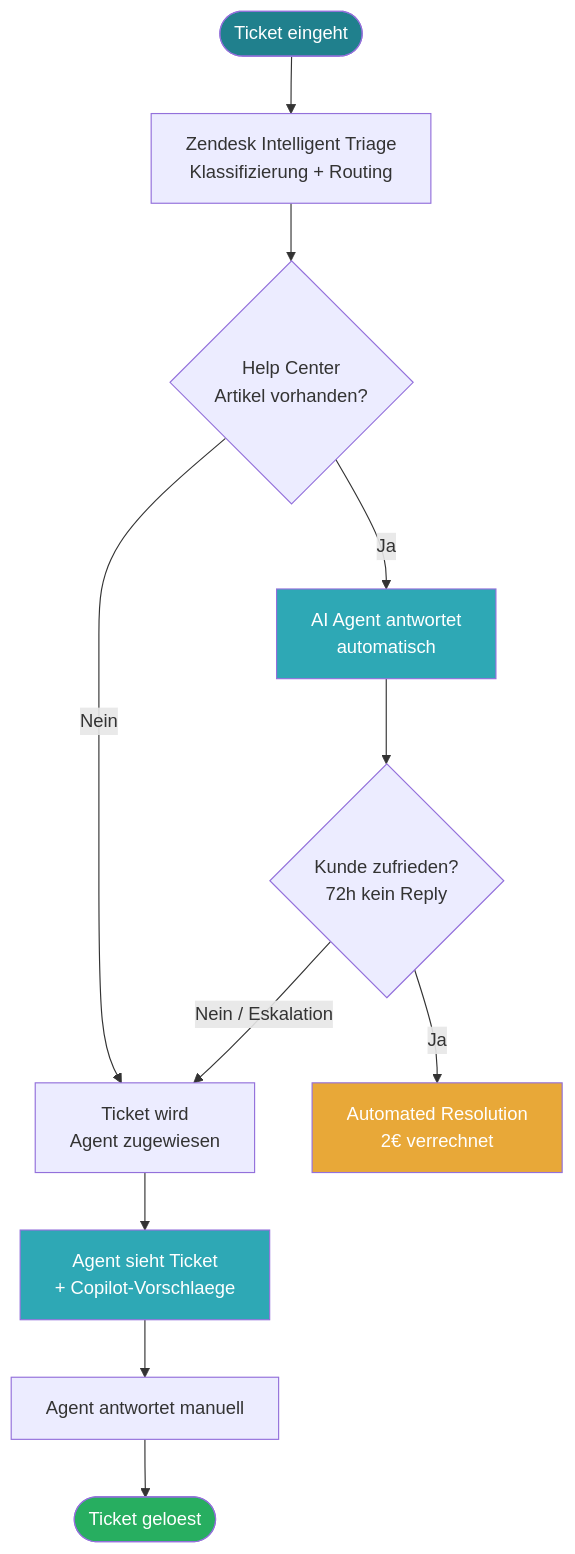
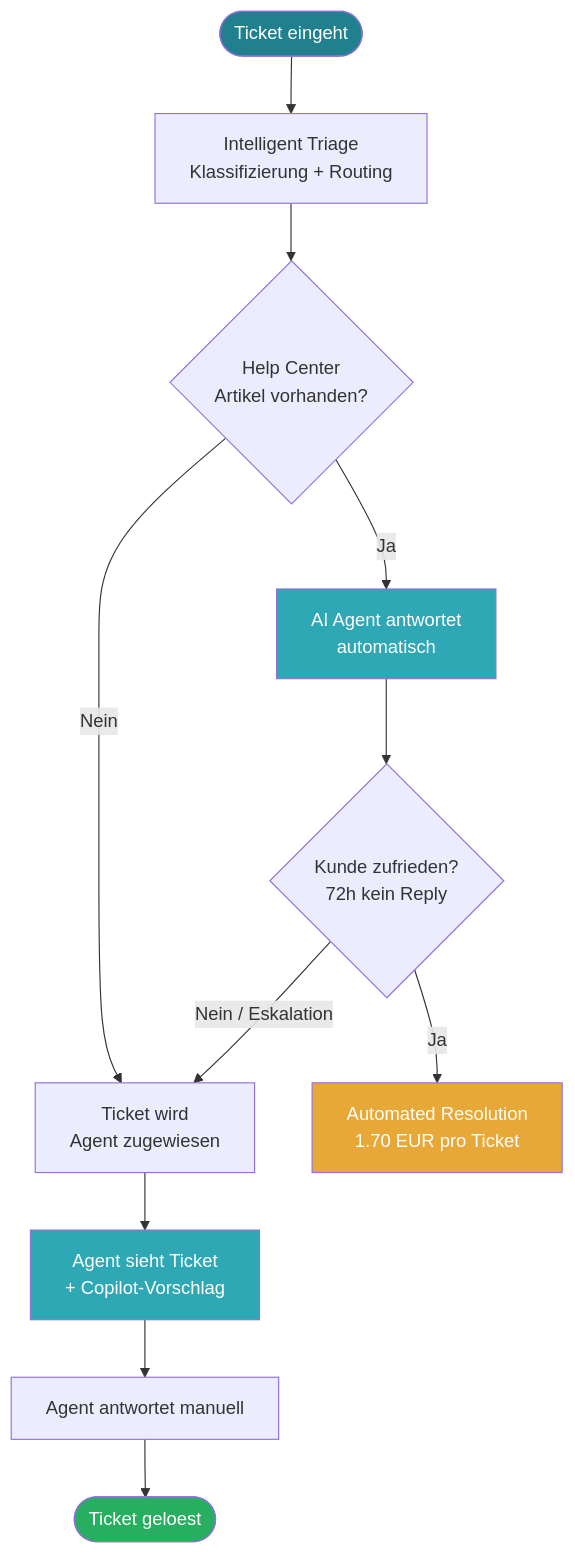
The first of 11 diagrams in readme.md (tekknix/zendesk-ai), drawn with Mermaid before and after one commit. The commit also changed other lines of this file, not shown here.

````diff
--- a/readme.md
+++ b/readme.md
@@ -10,19 +12,19 @@
 ```mermaid
 flowchart TD
-    A([Ticket eingeht]) --> B[Zendesk Intelligent Triage<br>Klassifizierung + Routing]
+    A([Ticket eingeht]) --> B[Intelligent Triage<br>Klassifizierung + Routing]
     B --> C{Help Center<br>Artikel vorhanden?}
     C -->|Ja| D[AI Agent antwortet<br>automatisch]
     C -->|Nein| E[Ticket wird<br>Agent zugewiesen]
     D --> F{Kunde zufrieden?<br>72h kein Reply}
-    F -->|Ja| G[Automated Resolution<br>2€ verrechnet]
+    F -->|Ja| G[Automated Resolution<br>1.70 EUR pro Ticket]
     F -->|Nein / Eskalation| E
-    E --> H[Agent sieht Ticket<br>+ Copilot-Vorschlaege]
+    E --> H[Agent sieht Ticket<br>+ Copilot-Vorschlag]
     H --> I[Agent antwortet manuell]
     I --> J([Ticket geloest])
 
     style A fill:#20808D,color:#fff
     style G fill:#E8A838,color:#fff
     style J fill:#27AE60,color:#fff
     style D fill:#2EA8B5,color:#fff
     style H fill:#2EA8B5,color:#fff
 ```
````
